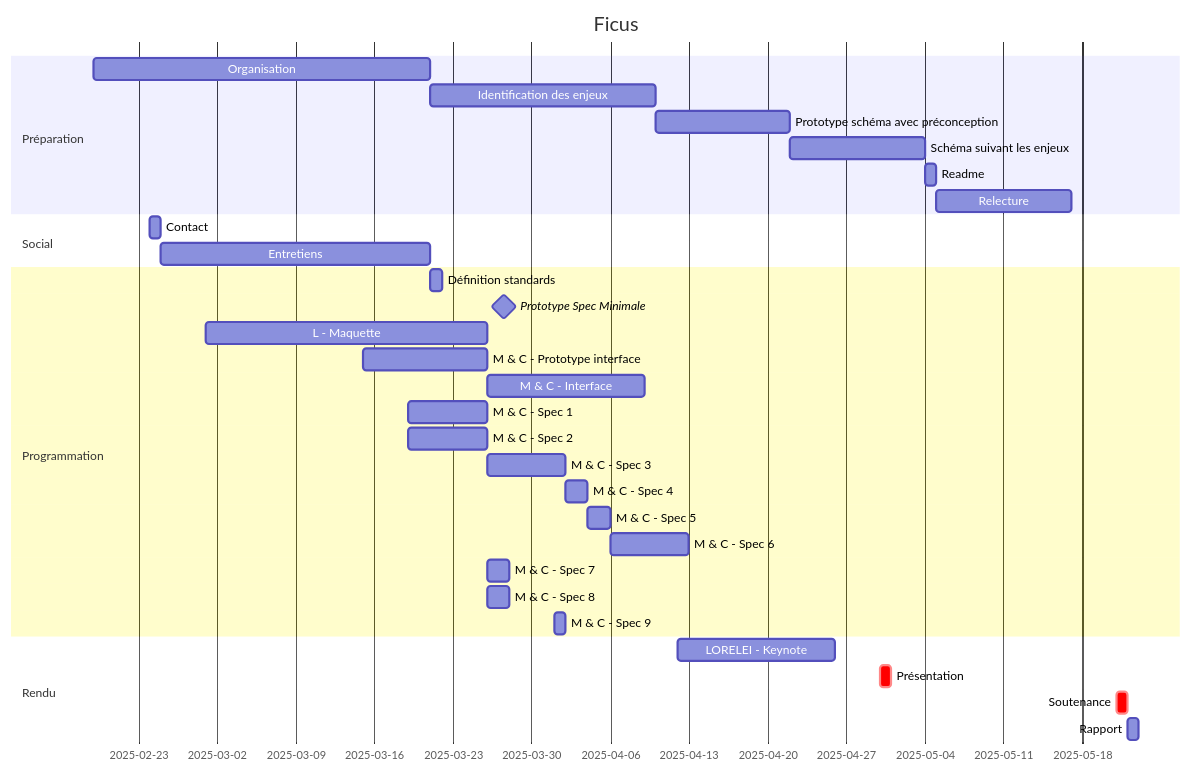
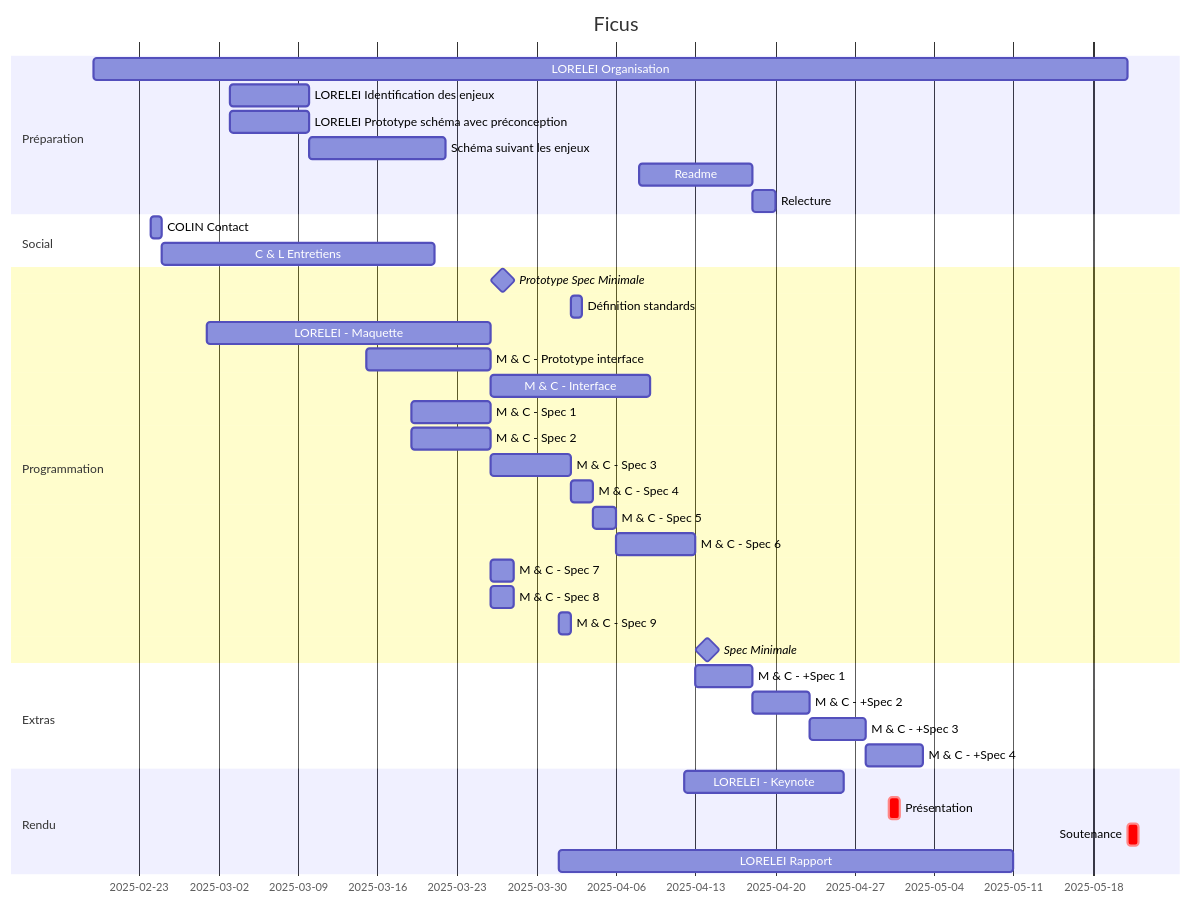
One commit to Hellorelei/Ficus changed the diagram in projet/gantt.md. Above: the diagram before and after it, drawn with Mermaid.

Commit message:
Added extra steps to Gantt chart.

````diff
--- a/projet/gantt.md
+++ b/projet/gantt.md
@@ -1,39 +1,46 @@
 ```mermaid
 gantt
     title Ficus
     dateFormat  YYYY-MM-DD
 
     section Préparation
-    Organisation           :a1, 2025-02-19, 30d
-    Identification des enjeux     :20d
-    Prototype schéma avec préconception :12d
-    Schéma suivant les enjeux : 12d
-    Readme : 1d
-    Relecture : 12d
+    LORELEI Organisation: prep-1, 2025-02-19, 2025-05-21
+    LORELEI Identification des enjeux: prep-2, 2025-03-03, 2025-03-10
+    LORELEI Prototype schéma avec préconception: 2025-03-03, 2025-03-10
+    Schéma suivant les enjeux: after prep-2, 12d
+    Readme: prep-5, 2025-04-08, 10d
+    Relecture: after prep-5, 2d
 
     section Social
-    Contact      :s1, 2025-02-24  , 1d
-    Entretiens      :after s1, 24d
+    COLIN Contact      :s1, 2025-02-24  , 1d
+    C & L Entretiens      :after s1, 24d
 
     section Programmation
+    Prototype Spec Minimale: milestone, 2025-04-02
     Définition standards: 1d
-    Prototype Spec Minimale: milestone, 2025-04-02
-    L - Maquette: m1, 2025-03-01, 2025-03-26
+    LORELEI - Maquette: m1, 2025-03-01, 2025-03-26
     M & C - Prototype interface: 2025-03-15, 2025-03-26
     M & C - Interface: after m1, 14d
     M & C - Spec 1: spec_1, 2025-03-19, 7d
     M & C - Spec 2: spec_2, 2025-03-19, 7d
     M & C - Spec 3: spec_3, after spec_2, 7d 
     M & C - Spec 4: spec_4, after spec_3, 2d
     M & C - Spec 5: spec_5, after spec_4, 2d
     M & C - Spec 6: spec_6, after spec_5, 7d
     M & C - Spec 7: spec_7, 2025-03-26, 2d
     M & C - Spec 8: spec_8, after spec_1, 2d
     M & C - Spec 9: spec_9, 2025-04-01, 1d
+    Spec Minimale: milestone, 2025-04-26
+    
+    section Extras
+    M & C - +Spec 1: espec_1, after spec_6, 5d
+    M & C - +Spec 2: espec_2, after espec_1, 5d
+    M & C - +Spec 3: espec_3, after espec_2, 5d
+    M & C - +Spec 4: espec_4, after espec_3, 5d
 
     section Rendu
     LORELEI - Keynote: 2025-04-12, 14d
     Présentation: crit, r1, 2025-04-30, 1d
     Soutenance: crit, r2, 2025-05-21, 1d
-    Rapport: 1d
+    LORELEI Rapport: 2025-04-01, 40d
 ```
````
